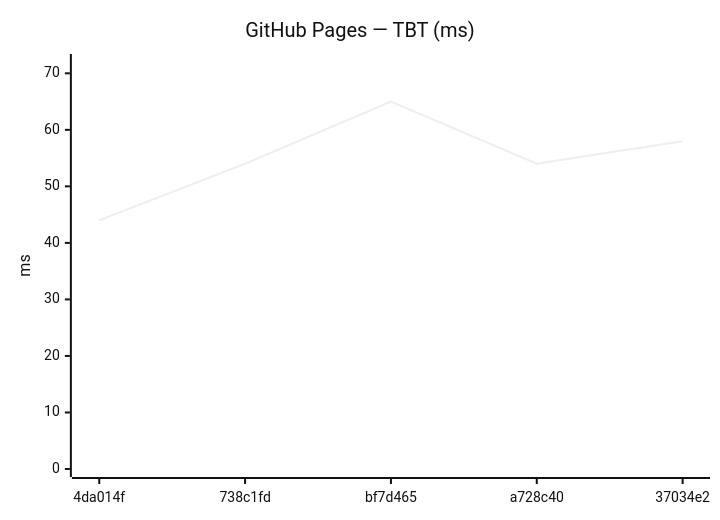
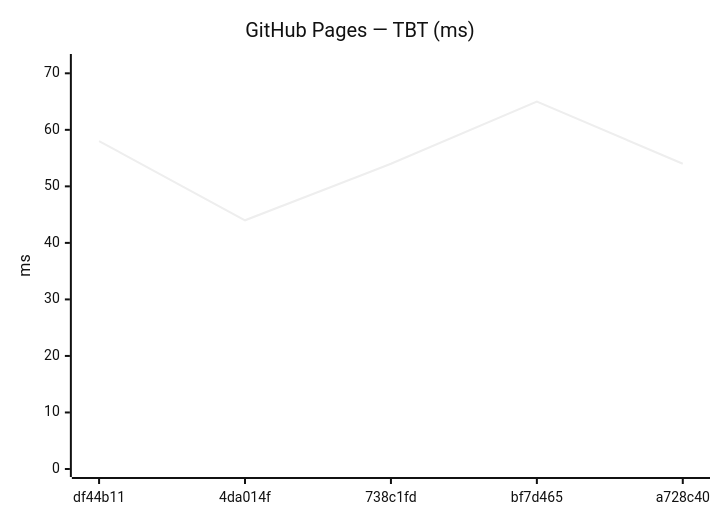
One commit to Metaheurist/Rianell changed diagram 12 of 24 in benchmarks/compare.md. Above: the diagram before and after it, drawn with Mermaid (neutral theme). The commit also changed other lines of this file and 12 other files, not shown here.

````diff
--- a/benchmarks/compare.md
+++ b/benchmarks/compare.md
@@ -176,7 +176,7 @@
 ```mermaid
 xychart-beta
     title "GitHub Pages — TBT (ms)"
-    x-axis ["4da014f", "738c1fd", "bf7d465", "a728c40", "37034e2"]
+    x-axis ["df44b11", "4da014f", "738c1fd", "bf7d465", "a728c40"]
     y-axis "ms" 0 --> 72
-    line [44, 54, 65, 54, 58]
+    line [58, 44, 54, 65, 54]
 ```
````
